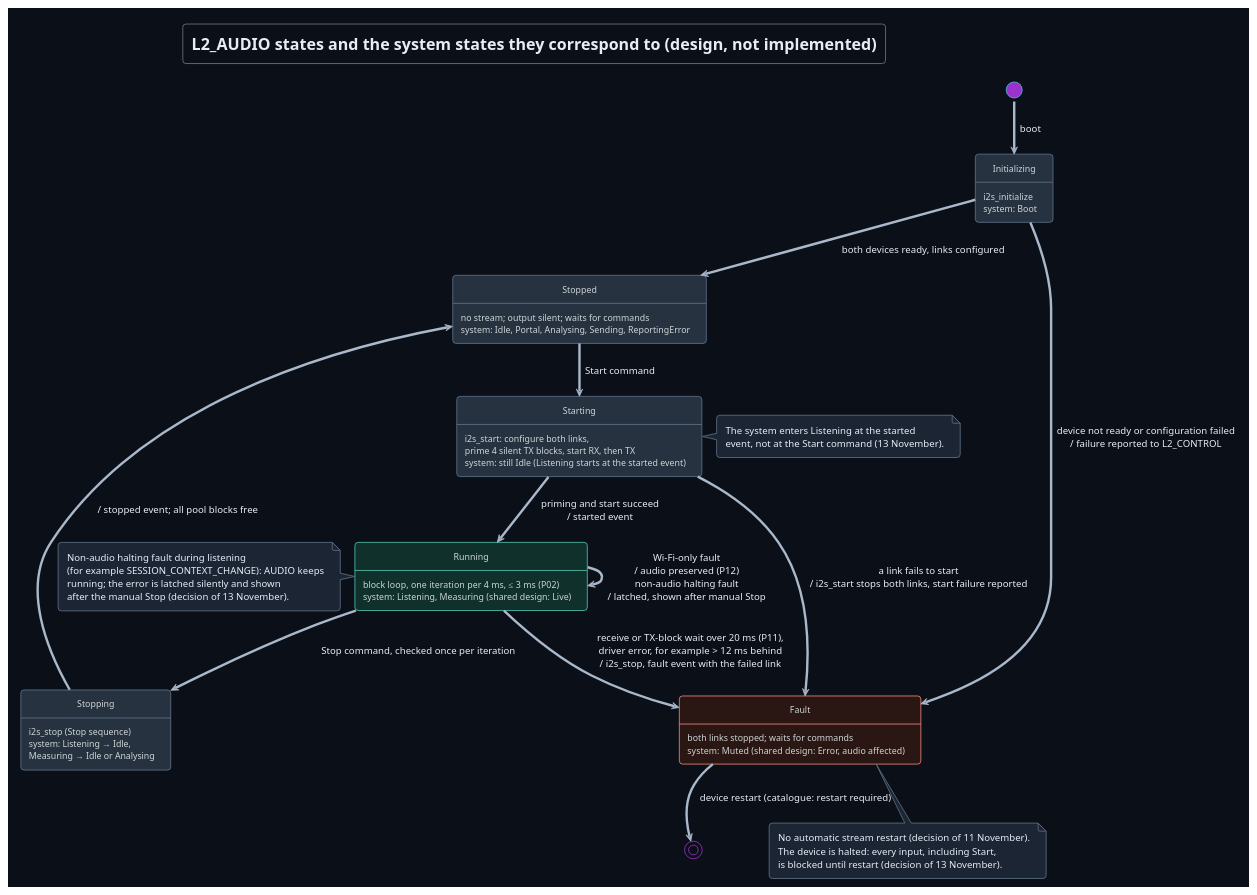
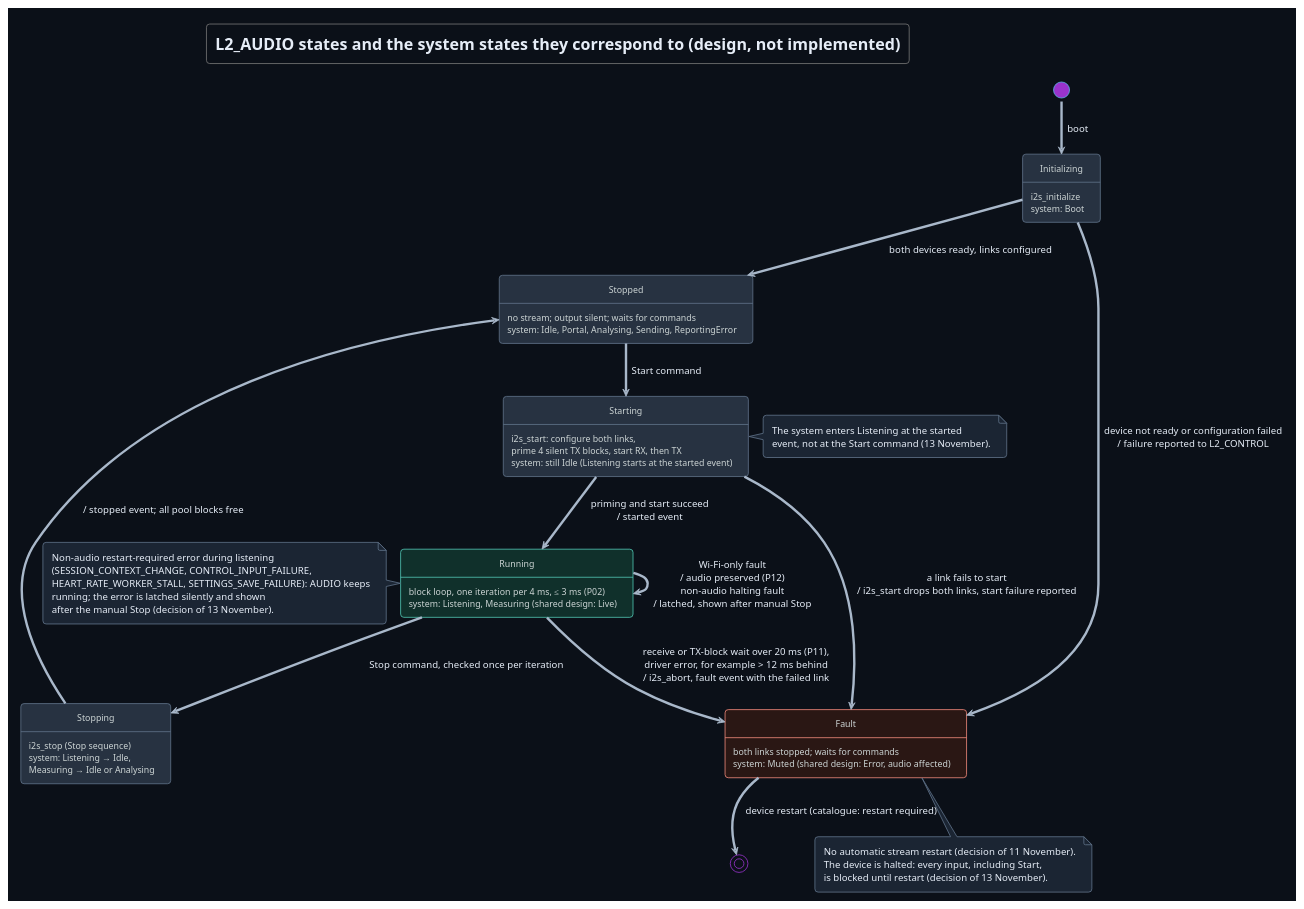
The diagram in Development/system/design/AUDIO/audio-state.puml (DemonicPsychoII/DigitalStethoscope), drawn with PlantUML before and after one commit. The commit also changed 7 other files, not shown here.

First line of the commit message:
TICKET-185: documentation: drop both audio links at once on any audio fault and defer all four non-audio restart-required errors during listening

```diff
--- a/Development/system/design/AUDIO/audio-state.puml
+++ b/Development/system/design/AUDIO/audio-state.puml
@@ -1,61 +1,62 @@
 @startuml audio_state
 !theme cyborg
 !pragma layout smetana
 skinparam shadowing false
 skinparam defaultFontName SansSerif
 skinparam backgroundColor #0b1018
 skinparam defaultFontColor #e6edf7
 skinparam ArrowColor #a9b8ca
 skinparam ArrowFontColor #e6edf7
 skinparam state {
  BackgroundColor #273241
  BorderColor #61738a
  FontColor #e6edf7
  AttributeFontColor #cdd5d5
  BackgroundColor<<running>> #10302b
  BorderColor<<running>> #52c7b4
  BackgroundColor<<fault>> #2a1714
  BorderColor<<fault>> #f08a7c
  BackgroundColor<<unclear>> #3a3320
  BorderColor<<unclear>> #dcbb63
 }
 skinparam note {
  BackgroundColor #1b2533
  BorderColor #61738a
  FontColor #e6edf7
 }
 title L2_AUDIO states and the system states they correspond to (design, not implemented)
 hide empty description
 state "Initializing" as Initializing : i2s_initialize\nsystem: Boot
 state "Stopped" as Stopped : no stream; output silent; waits for commands\nsystem: Idle, Portal, Analysing, Sending, ReportingError
 state "Starting" as Starting : i2s_start: configure both links,\nprime 4 silent TX blocks, start RX, then TX\nsystem: still Idle (Listening starts at the started event)
 state "Running" as Running <<running>> : block loop, one iteration per 4 ms, ≤ 3 ms (P02)\nsystem: Listening, Measuring (shared design: Live)
 state "Stopping" as Stopping : i2s_stop (Stop sequence)\nsystem: Listening → Idle,\nMeasuring → Idle or Analysing
 state "Fault" as Fault <<fault>> : both links stopped; waits for commands\nsystem: Muted (shared design: Error, audio affected)
 [*] --> Initializing : boot
 Initializing --> Stopped : both devices ready, links configured
 Initializing --> Fault : device not ready or configuration failed\n/ failure reported to L2_CONTROL
 Stopped --> Starting : Start command
 Starting --> Running : priming and start succeed\n/ started event
-Starting --> Fault : a link fails to start\n/ i2s_start stops both links, start failure reported
+Starting --> Fault : a link fails to start\n/ i2s_start drops both links, start failure reported
 Running --> Stopping : Stop command, checked once per iteration
 Stopping --> Stopped : / stopped event; all pool blocks free
-Running --> Fault : receive or TX-block wait over 20 ms (P11),\ndriver error, for example > 12 ms behind\n/ i2s_stop, fault event with the failed link
+Running --> Fault : receive or TX-block wait over 20 ms (P11),\ndriver error, for example > 12 ms behind\n/ i2s_abort, fault event with the failed link
 Running --> Running : Wi-Fi-only fault\n/ audio preserved (P12)\nnon-audio halting fault\n/ latched, shown after manual Stop
 Fault --> [*] : device restart (catalogue: restart required)
 note bottom of Fault
   No automatic stream restart (decision of 11 November).
   The device is halted: every input, including Start,
   is blocked until restart (decision of 13 November).
 end note
 note left of Running
-  Non-audio halting fault during listening
-  (for example SESSION_CONTEXT_CHANGE): AUDIO keeps
+  Non-audio restart-required error during listening
+  (SESSION_CONTEXT_CHANGE, CONTROL_INPUT_FAILURE,
+  HEART_RATE_WORKER_STALL, SETTINGS_SAVE_FAILURE): AUDIO keeps
   running; the error is latched silently and shown
   after the manual Stop (decision of 13 November).
 end note
 note right of Starting
   The system enters Listening at the started
   event, not at the Start command (13 November).
 end note
 @enduml
```
